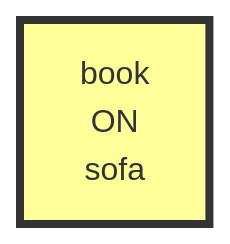
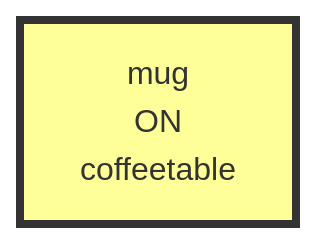
Diagram 14 of 22 in evaluation/results/table1/robostate/scale/S7/S-G02/run_T1_SCALE_SG02_S7.md (scuama/virtualhome), drawn with Mermaid before and after one commit. The commit also changed other lines of this file and 133 other files, not shown here.

````diff
--- a/evaluation/results/table1/robostate/scale/S7/S-G02/run_T1_SCALE_SG02_S7.md
+++ b/evaluation/results/table1/robostate/scale/S7/S-G02/run_T1_SCALE_SG02_S7.md
@@ -535,5 +1067,5 @@
 ```mermaid
 graph TD
-    N1["book<br>ON<br>sofa"]
+    N1["mug<br>ON<br>coffeetable"]
     style N1 fill:#ff9,stroke:#333,stroke-width:4px
 ```
````
